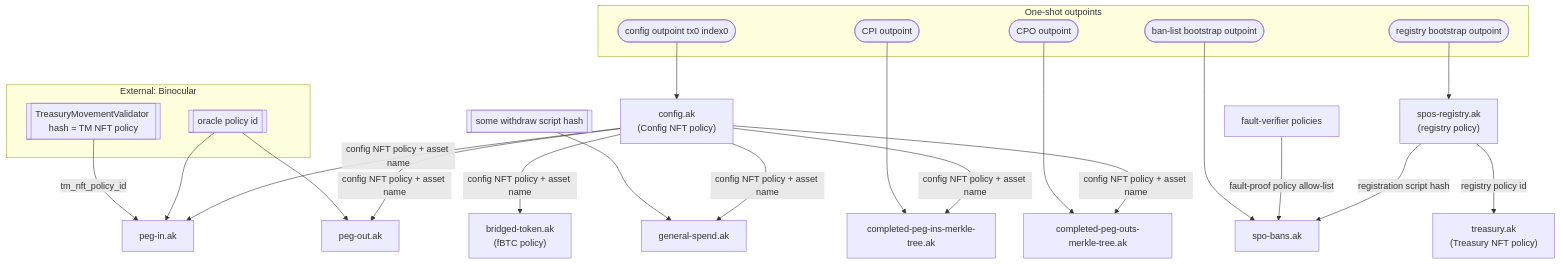
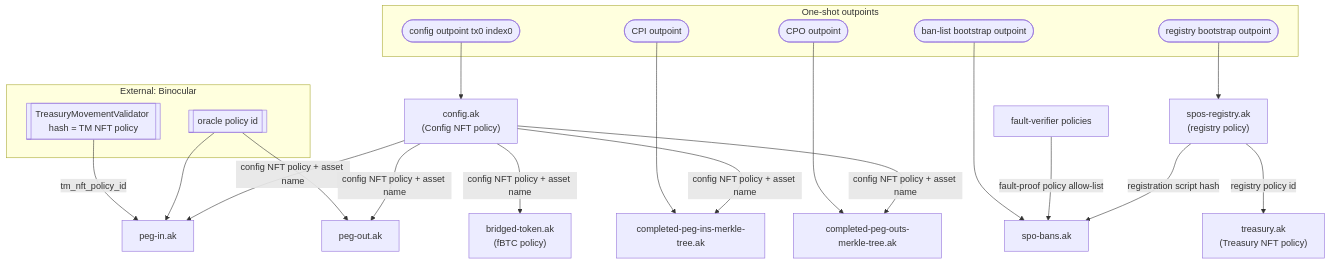
One commit to FluidTokens/ft-bifrost-bridge changed the fourth of 19 diagrams in documentation/technical_documentation.md. Above: the diagram before and after it, drawn with Mermaid. The commit also changed other lines of this file and 8 other files, not shown here.

````diff
--- a/documentation/technical_documentation.md
+++ b/documentation/technical_documentation.md
@@ -602,47 +601,43 @@
 ```mermaid
 flowchart TD
     subgraph oneshot["One-shot outpoints"]
         cfg0([config outpoint tx0 index0])
         cpi0([CPI outpoint])
         cpo0([CPO outpoint])
         reg0([registry bootstrap outpoint])
         ban0([ban-list bootstrap outpoint])
     end
 
     subgraph binocular["External: Binocular"]
         oracle[[oracle policy id]]
         tmv[[TreasuryMovementValidator hash = TM NFT policy]]
     end
 
     config["config.ak<br/>(Config NFT policy)"]
     fbtc["bridged-token.ak<br/>(fBTC policy)"]
     pegin["peg-in.ak"]
     pegout["peg-out.ak"]
     cpi["completed-peg-ins-merkle-tree.ak"]
     cpo["completed-peg-outs-merkle-tree.ak"]
-    gs["general-spend.ak"]
     reg["spos-registry.ak<br/>(registry policy)"]
     tinfo["treasury.ak<br/>(Treasury NFT policy)"]
     bans["spo-bans.ak"]
     fv["fault-verifier policies"]
-    wsh[[some withdraw script hash]]
 
     cfg0 --> config
     config -->|config NFT policy + asset name| fbtc
     config -->|config NFT policy + asset name| pegin
     config -->|config NFT policy + asset name| pegout
     config -->|config NFT policy + asset name| cpi
     config -->|config NFT policy + asset name| cpo
-    config -->|config NFT policy + asset name| gs
     cpi0 --> cpi
     cpo0 --> cpo
     oracle --> pegin
     oracle --> pegout
     tmv -->|tm_nft_policy_id| pegin
     reg0 --> reg
     reg -->|registry policy id| tinfo
     reg -->|registration script hash| bans
     fv -->|fault-proof policy allow-list| bans
     ban0 --> bans
-    wsh --> gs
 ```
````
